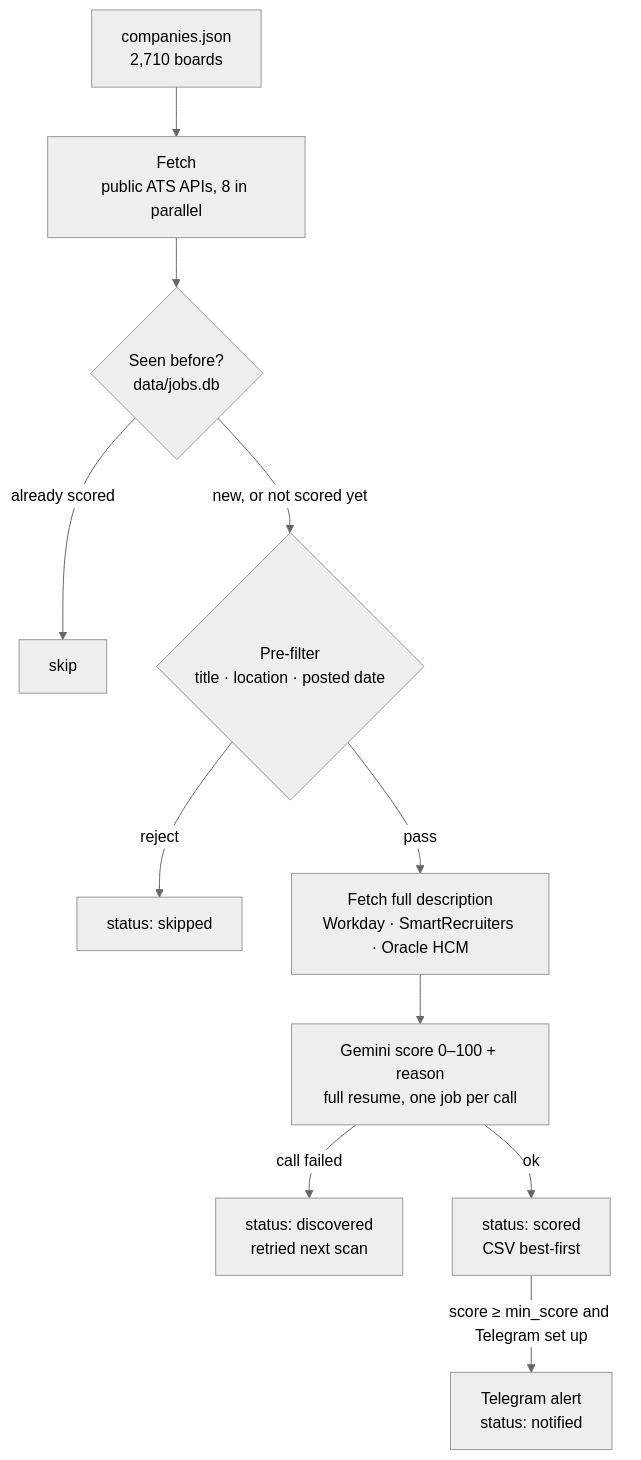
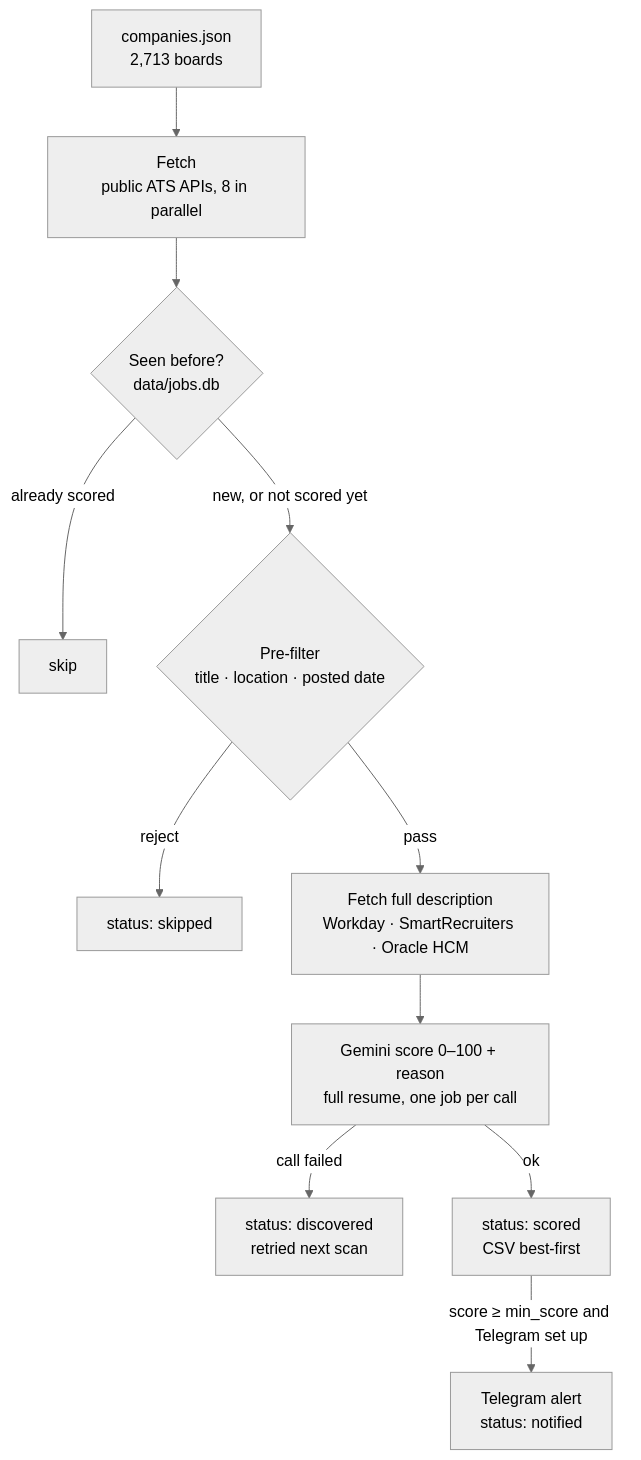
One commit to Manish814142/rolesight changed the diagram in README.md. Above: the diagram before and after it, drawn with Mermaid (neutral theme). The commit also changed other lines of this file and 7 other files, not shown here.

````diff
--- a/README.md
+++ b/README.md
@@ -86,13 +86,13 @@
 ```mermaid
 flowchart TD
-    C["companies.json<br/>2,710 boards"] --> F["Fetch<br/>public ATS APIs, 8 in parallel"]
+    C["companies.json<br/>2,713 boards"] --> F["Fetch<br/>public ATS APIs, 8 in parallel"]
     F --> D{"Seen before?<br/>data/jobs.db"}
     D -- "already scored" --> X["skip"]
     D -- "new, or not scored yet" --> P{"Pre-filter<br/>title · location · posted date"}
     P -- reject --> S["status: skipped"]
     P -- pass --> E["Fetch full description<br/>Workday · SmartRecruiters · Oracle HCM"]
     E --> G["Gemini score 0–100 + reason<br/>full resume, one job per call"]
     G -- "call failed" --> R["status: discovered<br/>retried next scan"]
     G -- ok --> O["status: scored<br/>CSV best-first"]
     O -- "score ≥ min_score and Telegram set up" --> T["Telegram alert<br/>status: notified"]
 ```
````
